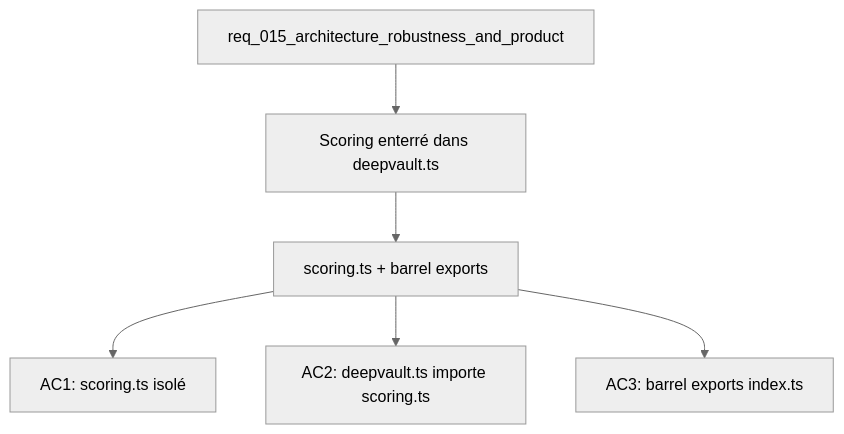
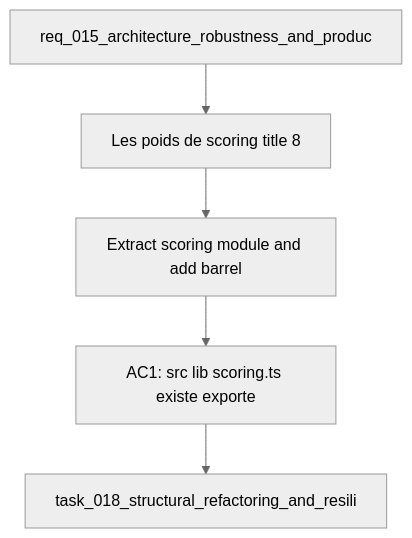
Before and after one commit to AlexAgo83/deepvault: the diagram in logics/backlog/item_047_extract_scoring_module_and_barrel_exports.md, drawn with Mermaid (neutral theme). The commit also changed 57 other files, not shown here.

````diff
--- a/logics/backlog/item_047_extract_scoring_module_and_barrel_exports.md
+++ b/logics/backlog/item_047_extract_scoring_module_and_barrel_exports.md
@@ -21,10 +21,9 @@
 ```mermaid
 %% logics-kind: backlog
 %% logics-signature: backlog|extract-scoring-module-and-add-barrel-ex|req-015-architecture-robustness-and-prod|les-poids-de-scoring-title-8|ac1-src-lib-scoring-ts-existe-exporte
 flowchart TD
-    Request[req_015_architecture_robustness_and_product] --> Problem[Scoring enterré dans deepvault.ts]
-    Problem --> Scope[scoring.ts + barrel exports]
-    Scope --> AC1[AC1: scoring.ts isolé]
-    Scope --> AC2[AC2: deepvault.ts importe scoring.ts]
-    Scope --> AC3[AC3: barrel exports index.ts]
+    Request[req_015_architecture_robustness_and_produc] --> Problem[Les poids de scoring title 8]
+    Problem --> Scope[Extract scoring module and add barrel]
+    Scope --> Acceptance[AC1: src lib scoring.ts existe exporte]
+    Acceptance --> Tasks[task_018_structural_refactoring_and_resili]
 ```
````
